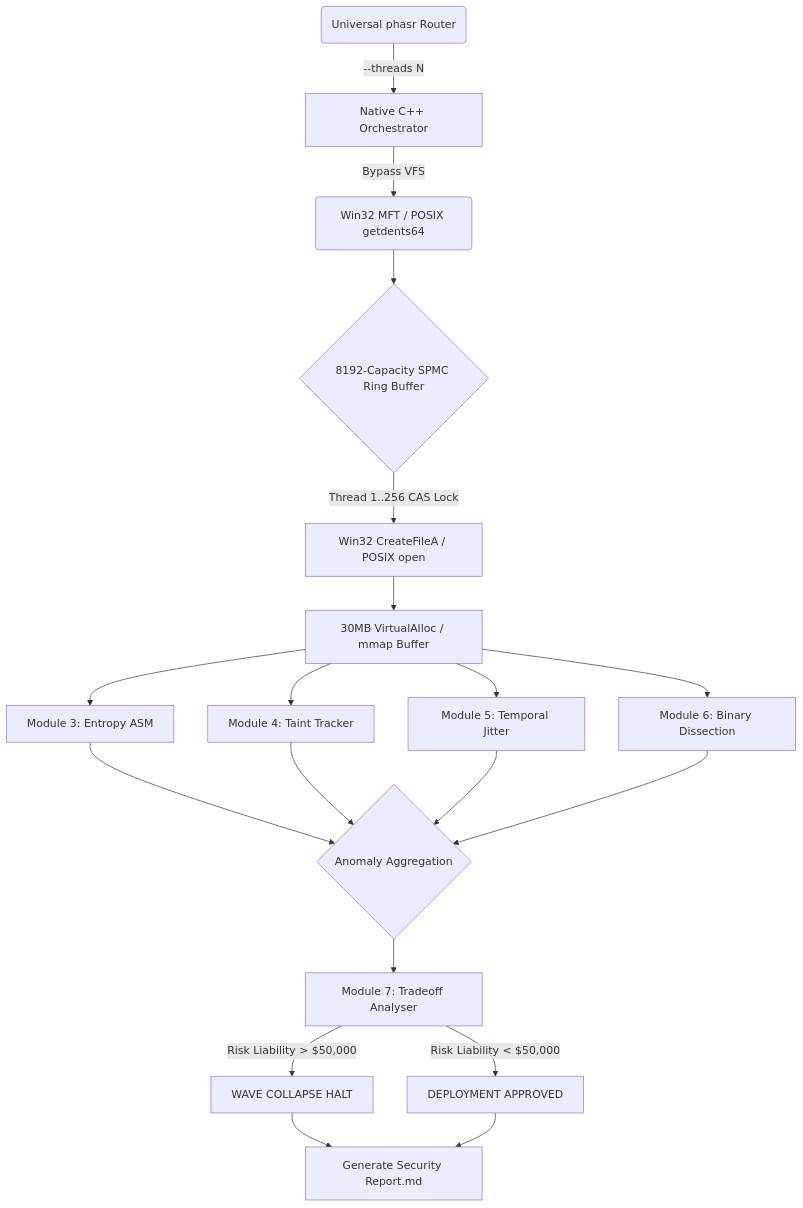
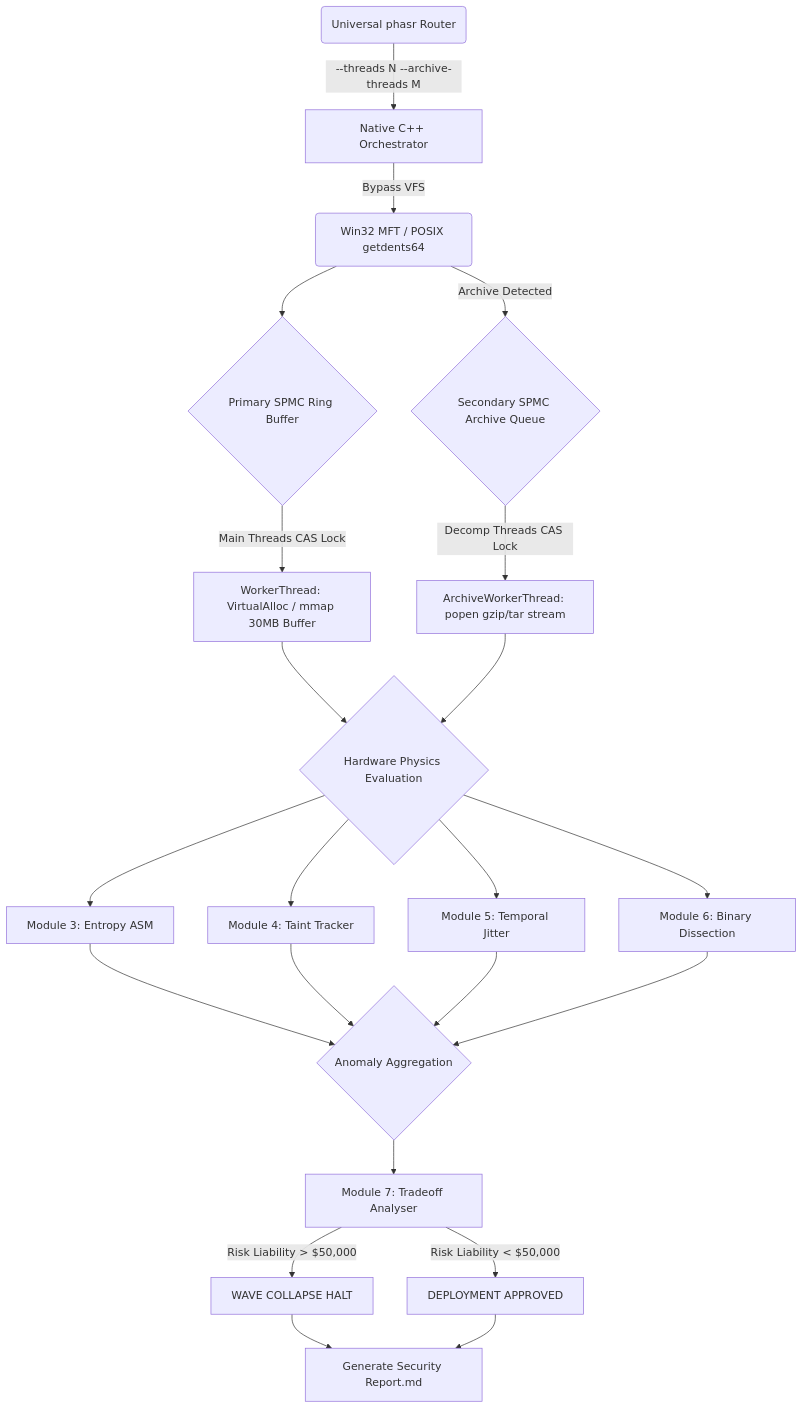
One commit to Zeo120/ZTL-Tech changed the diagram in docs/ARCHITECTURE.md. Above: the diagram before and after it, drawn with Mermaid. The commit also changed other lines of this file and 1 other file, not shown here.

Commit message:
docs: Update Architecture and Data Flow diagrams for Secondary Decompression Queue and x86 support

````diff
--- a/docs/ARCHITECTURE.md
+++ b/docs/ARCHITECTURE.md
@@ -32,23 +37,29 @@
 ```mermaid
 graph TD
-    CLI(Universal phasr Router) -->|--threads N| A
+    CLI(Universal phasr Router) -->|--threads N --archive-threads M| A
     A[Native C++ Orchestrator] -->|Bypass VFS| B(Win32 MFT / POSIX getdents64)
-    B --> C{8192-Capacity SPMC Ring Buffer}
-    C -->|Thread 1..256 CAS Lock| D[Win32 CreateFileA / POSIX open]
-    D --> E[30MB VirtualAlloc / mmap Buffer]
+    B --> C{Primary SPMC Ring Buffer}
+    C -->|Main Threads CAS Lock| D[WorkerThread: VirtualAlloc / mmap 30MB Buffer]
+    
+    B -->|Archive Detected| C2{Secondary SPMC Archive Queue}
+    C2 -->|Decomp Threads CAS Lock| D2[ArchiveWorkerThread: popen gzip/tar stream]
+    
+    D --> E{Hardware Physics Evaluation}
+    D2 --> E
+    
     E --> F[Module 3: Entropy ASM]
     E --> G[Module 4: Taint Tracker]
     E --> H[Module 5: Temporal Jitter]
     E --> I[Module 6: Binary Dissection]
     
     F --> J{Anomaly Aggregation}
     G --> J
     H --> J
     I --> J
     
     J --> K[Module 7: Tradeoff Analyser]
     K -->|Risk Liability > $50,000| L[WAVE COLLAPSE HALT]
     K -->|Risk Liability < $50,000| M[DEPLOYMENT APPROVED]
     L --> N[Generate Security Report.md]
     M --> N
 ```
````
